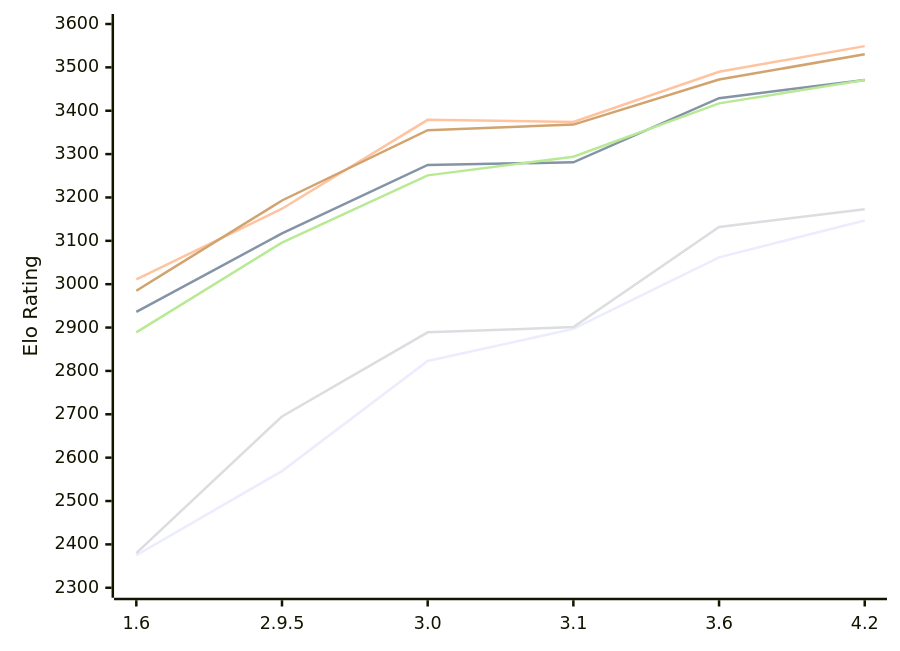
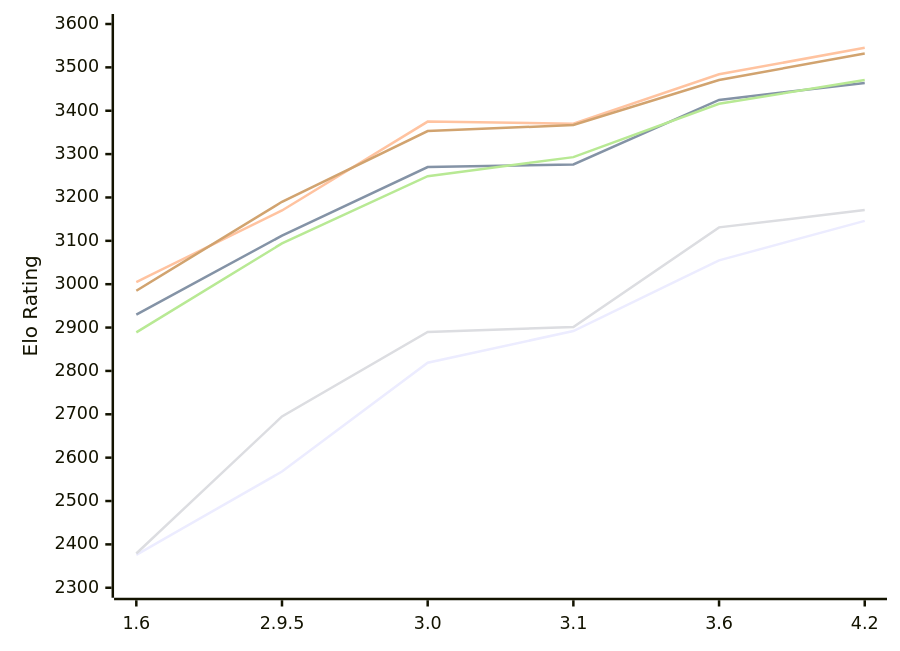
One commit to computer-chess-index/cci changed the diagram in engines/Chessenger.md. Above: the diagram before and after it, drawn with Mermaid. The commit also changed other lines of this file, not shown here.

Commit message:
Update CCI Ratings (ELO VLTC) - 2026-11-26

````diff
--- a/engines/Chessenger.md
+++ b/engines/Chessenger.md
@@ -57,12 +57,12 @@
 ```mermaid
 %%{init: {"theme":"base","themeVariables":{"seriesColors:['#a3a3a3','#222221','#faa371']}}}%%
 xychart-beta
   x-axis ["1.6", "2.9.5", "3.0", "3.1", "3.6", "4.2"]
   y-axis "Elo Rating" 2300 --> 3600
-  line "E1: STC (8.0+0.08s)" [2375, 2569, 2823, 2897, 3062, 3147]
-  line "E1: LTC (60.0+0.60s)" [2936, 3117, 3275, 3281, 3429, 3471]
-  line "E1: VLTC (2m24s+1.12s)" [3011, 3174, 3379, 3374, 3490, 3549]
-  line "P1: STC (8.0+0.08s)" [2380, 2695, 2889, 2901, 3132, 3173]
-  line "P1: LTC (60.0+0.60s)" [2889, 3096, 3251, 3294, 3417, 3471]
-  line "P1: VLTC (2m24s+1.12s)" [2985, 3193, 3355, 3368, 3472, 3530]
+  line "E1: STC (8.0+0.08s)" [2376, 2568, 2819, 2892, 3055, 3146]
+  line "E1: LTC (60.0+0.60s)" [2930, 3112, 3270, 3276, 3425, 3464]
+  line "E1: VLTC (2m24s+1.12s)" [3005, 3170, 3375, 3370, 3484, 3545]
+  line "P1: STC (8.0+0.08s)" [2379, 2695, 2890, 2901, 3131, 3171]
+  line "P1: LTC (60.0+0.60s)" [2889, 3094, 3249, 3293, 3416, 3471]
+  line "P1: VLTC (2m24s+1.12s)" [2985, 3190, 3353, 3367, 3471, 3532]
 ```
````
